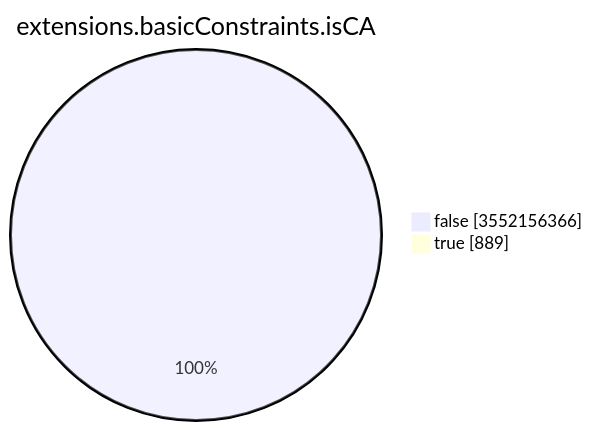
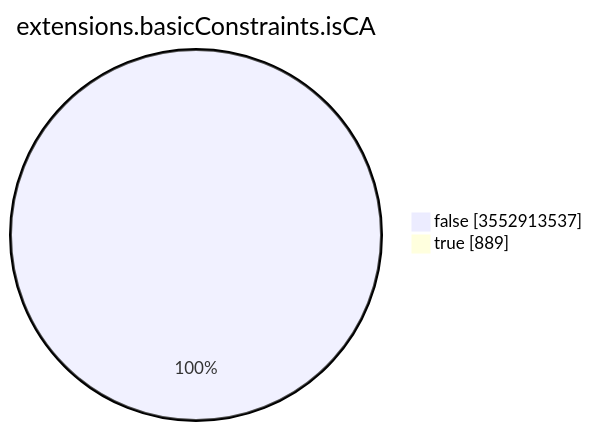
One commit to christiankrug/ctmonitor_visualization changed the seventh of 15 diagrams in TOTAL/README.md. Above: the diagram before and after it, drawn with Mermaid. The commit also changed other lines of this file, not shown here.

````diff
--- a/TOTAL/README.md
+++ b/TOTAL/README.md
@@ -3094,6 +3094,6 @@
 ```mermaid
 pie showData
 title extensions.basicConstraints.isCA
-"false" :3552156366
+"false" :3552913537
 "true" :889
 ```
````
